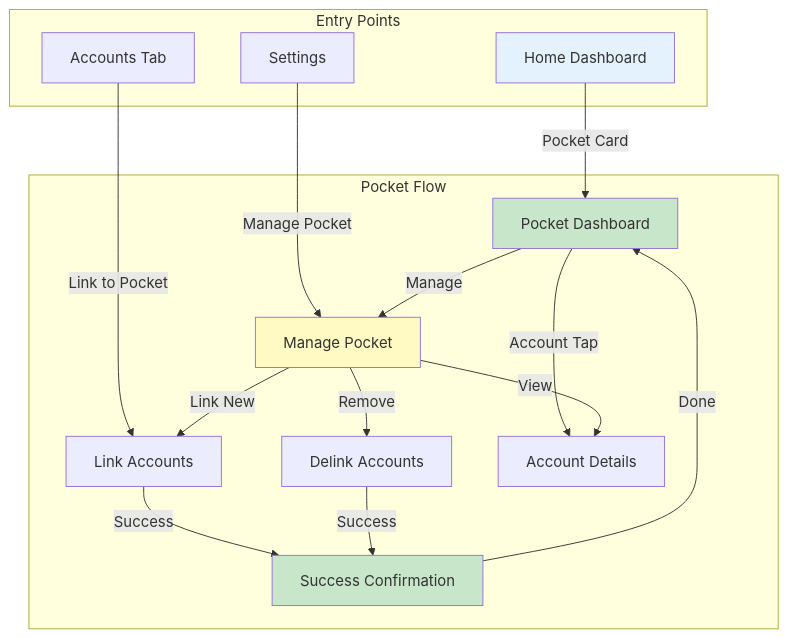
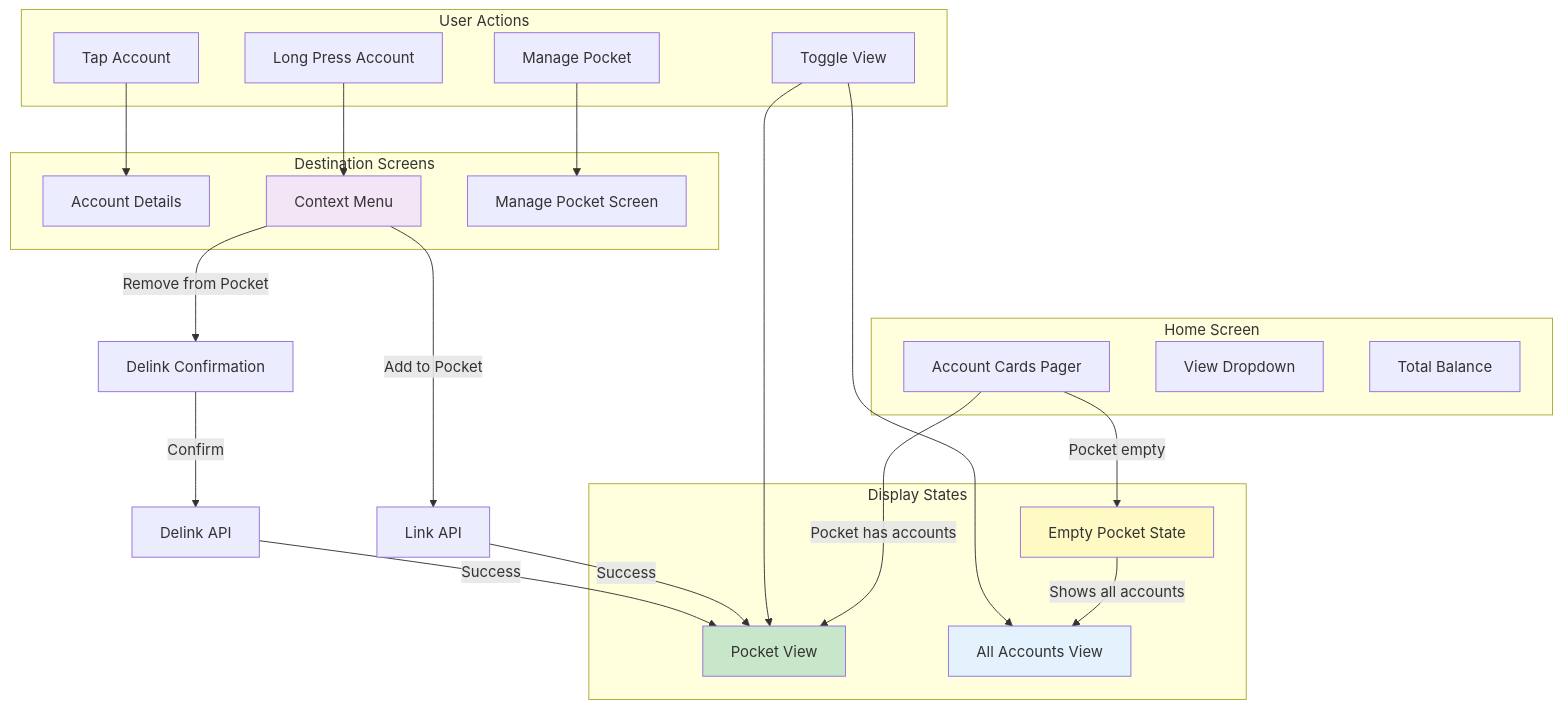
One commit to mobilebytesensei/mifos-x-claude-cycle-workspaces changed the diagram in mobile-wallet/design-spec-layer/user-flows/flows/FLOW-pocket.md. Above: the diagram before and after it, drawn with Mermaid. The commit also changed other lines of this file and 1 other file, not shown here.

First line of the commit message:
feat(pocket): redesign as favorites integrated with Home pager

````diff
--- a/mobile-wallet/design-spec-layer/user-flows/flows/FLOW-pocket.md
+++ b/mobile-wallet/design-spec-layer/user-flows/flows/FLOW-pocket.md
@@ -84,38 +103,53 @@
 ```mermaid
 flowchart TB
-    subgraph Entry["Entry Points"]
-        HOME[Home Dashboard]
-        ACCOUNTS[Accounts Tab]
-        SETTINGS[Settings]
+    subgraph HomeScreen["Home Screen"]
+        PAGER[Account Cards Pager]
+        DROPDOWN[View Dropdown]
+        TOTAL[Total Balance]
     end
 
-    subgraph PocketFlow["Pocket Flow"]
-        POCKET_DASH[Pocket Dashboard]
-        MANAGE[Manage Pocket]
-        LINK[Link Accounts]
-        DELINK[Delink Accounts]
-        DETAILS[Account Details]
-        SUCCESS[Success Confirmation]
+    subgraph PocketStates["Display States"]
+        EMPTY_STATE[Empty Pocket State]
+        POCKET_VIEW[Pocket View]
+        ALL_VIEW[All Accounts View]
     end
 
-    HOME -->|"Pocket Card"| POCKET_DASH
-    ACCOUNTS -->|"Link to Pocket"| LINK
-    SETTINGS -->|"Manage Pocket"| MANAGE
+    subgraph Actions["User Actions"]
+        TAP[Tap Account]
+        LONG_PRESS[Long Press Account]
+        TOGGLE[Toggle View]
+        MANAGE[Manage Pocket]
+    end
 
-    POCKET_DASH -->|"Manage"| MANAGE
-    POCKET_DASH -->|"Account Tap"| DETAILS
+    subgraph Screens["Destination Screens"]
+        DETAILS[Account Details]
+        CONTEXT_MENU[Context Menu]
+        MANAGE_SCREEN[Manage Pocket Screen]
+    end
 
-    MANAGE -->|"Link New"| LINK
-    MANAGE -->|"Remove"| DELINK
-    MANAGE -->|"View"| DETAILS
+    %% State Logic
+    PAGER -->|"Pocket empty"| EMPTY_STATE
+    PAGER -->|"Pocket has accounts"| POCKET_VIEW
 
-    LINK -->|"Success"| SUCCESS
-    DELINK -->|"Success"| SUCCESS
+    EMPTY_STATE -->|"Shows all accounts"| ALL_VIEW
 
-    SUCCESS -->|"Done"| POCKET_DASH
+    %% User Interactions
+    TAP --> DETAILS
+    LONG_PRESS --> CONTEXT_MENU
+    TOGGLE --> POCKET_VIEW
+    TOGGLE --> ALL_VIEW
+    MANAGE --> MANAGE_SCREEN
 
-    style HOME fill:#e3f2fd
-    style POCKET_DASH fill:#c8e6c9
-    style MANAGE fill:#fff9c4
-    style SUCCESS fill:#c8e6c9
+    %% Context Menu Actions
+    CONTEXT_MENU -->|"Add to Pocket"| LINK_API[Link API]
+    CONTEXT_MENU -->|"Remove from Pocket"| DELINK_CONFIRM[Delink Confirmation]
+
+    LINK_API -->|"Success"| POCKET_VIEW
+    DELINK_CONFIRM -->|"Confirm"| DELINK_API[Delink API]
+    DELINK_API -->|"Success"| POCKET_VIEW
+
+    style EMPTY_STATE fill:#fff9c4
+    style POCKET_VIEW fill:#c8e6c9
+    style ALL_VIEW fill:#e3f2fd
+    style CONTEXT_MENU fill:#f3e5f5
 ```
````
